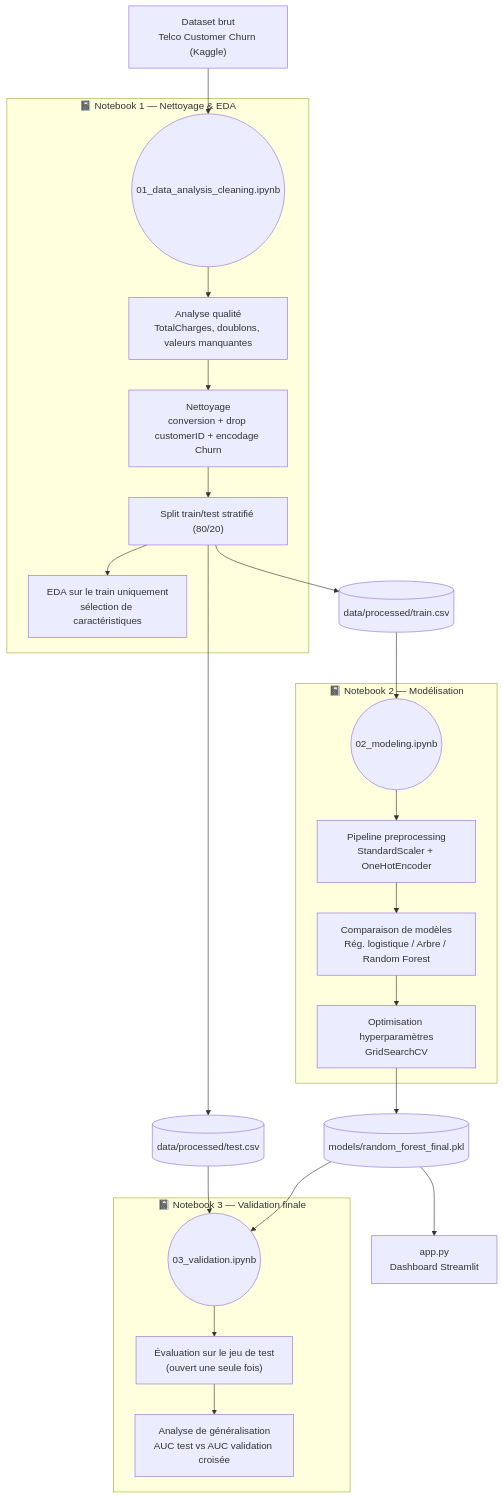
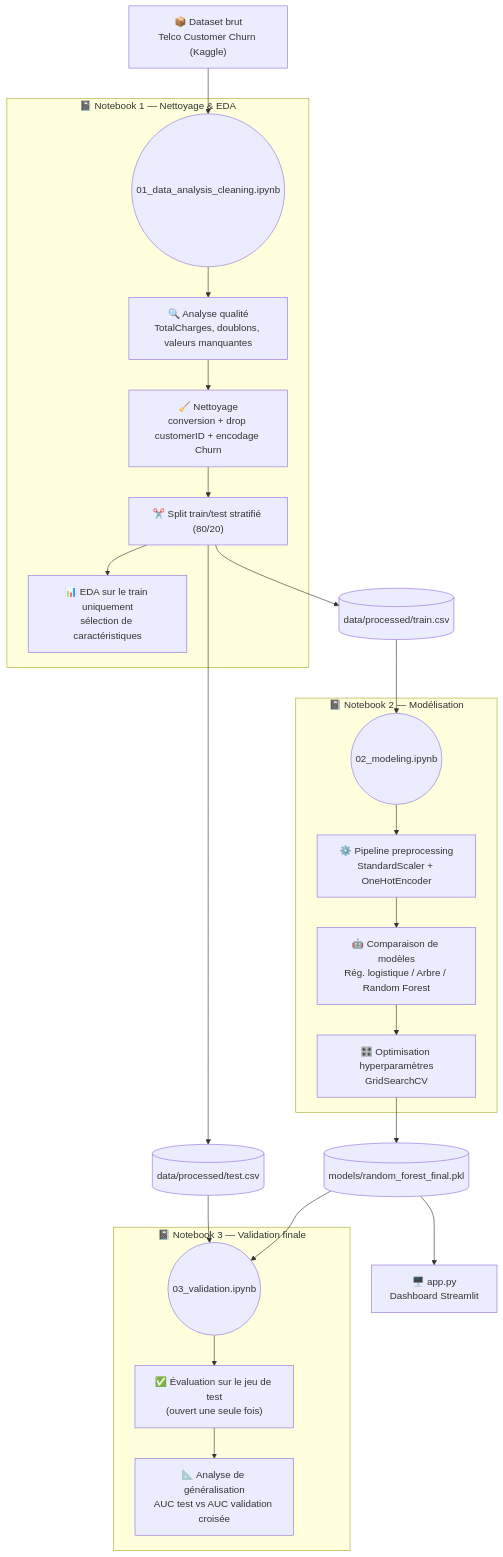
One commit to Levixxxxxxxx/Bloc-3-Machine-Learning changed the diagram in README.md. Above: the diagram before and after it, drawn with Mermaid. The commit also changed other lines of this file, not shown here.

````diff
--- a/README.md
+++ b/README.md
@@ -46,34 +67,34 @@
 ```mermaid
 flowchart TD
-    A["Dataset brut<br/>Telco Customer Churn (Kaggle)"] --> B(("01_data_analysis_cleaning.ipynb"))
+    A["📦 Dataset brut<br/>Telco Customer Churn (Kaggle)"] --> B(("01_data_analysis_cleaning.ipynb"))
 
     subgraph NB1["📓 Notebook 1 — Nettoyage & EDA"]
-        B --> C["Analyse qualité<br/>TotalCharges, doublons, valeurs manquantes"]
-        C --> D["Nettoyage<br/>conversion + drop customerID + encodage Churn"]
-        D --> E["Split train/test stratifié (80/20)"]
-        E --> F["EDA sur le train uniquement<br/>sélection de caractéristiques"]
+        B --> C["🔍 Analyse qualité<br/>TotalCharges, doublons, valeurs manquantes"]
+        C --> D["🧹 Nettoyage<br/>conversion + drop customerID + encodage Churn"]
+        D --> E["✂️ Split train/test stratifié (80/20)"]
+        E --> F["📊 EDA sur le train uniquement<br/>sélection de caractéristiques"]
     end
 
     E --> G[("data/processed/train.csv")]
     E --> H[("data/processed/test.csv")]
 
     G --> I(("02_modeling.ipynb"))
 
     subgraph NB2["📓 Notebook 2 — Modélisation"]
-        I --> J["Pipeline preprocessing<br/>StandardScaler + OneHotEncoder"]
-        J --> K["Comparaison de modèles<br/>Rég. logistique / Arbre / Random Forest"]
-        K --> L["Optimisation hyperparamètres<br/>GridSearchCV"]
+        I --> J["⚙️ Pipeline preprocessing<br/>StandardScaler + OneHotEncoder"]
+        J --> K["🤖 Comparaison de modèles<br/>Rég. logistique / Arbre / Random Forest"]
+        K --> L["🎛️ Optimisation hyperparamètres<br/>GridSearchCV"]
     end
 
     L --> M[("models/random_forest_final.pkl")]
 
     H --> N(("03_validation.ipynb"))
     M --> N
 
     subgraph NB3["📓 Notebook 3 — Validation finale"]
-        N --> O["Évaluation sur le jeu de test<br/>(ouvert une seule fois)"]
-        O --> P["Analyse de généralisation<br/>AUC test vs AUC validation croisée"]
+        N --> O["✅ Évaluation sur le jeu de test<br/>(ouvert une seule fois)"]
+        O --> P["📐 Analyse de généralisation<br/>AUC test vs AUC validation croisée"]
     end
 
-    M --> Q["app.py<br/>Dashboard Streamlit"]
+    M --> Q["🖥️ app.py<br/>Dashboard Streamlit"]
 ```
````
